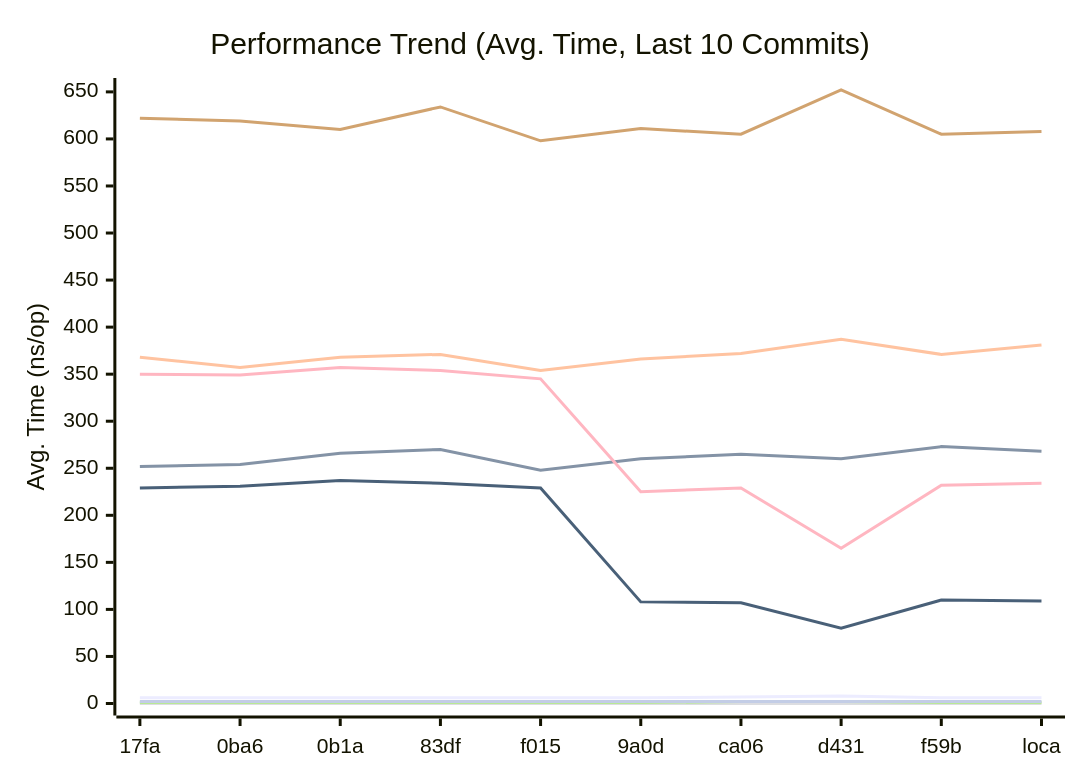
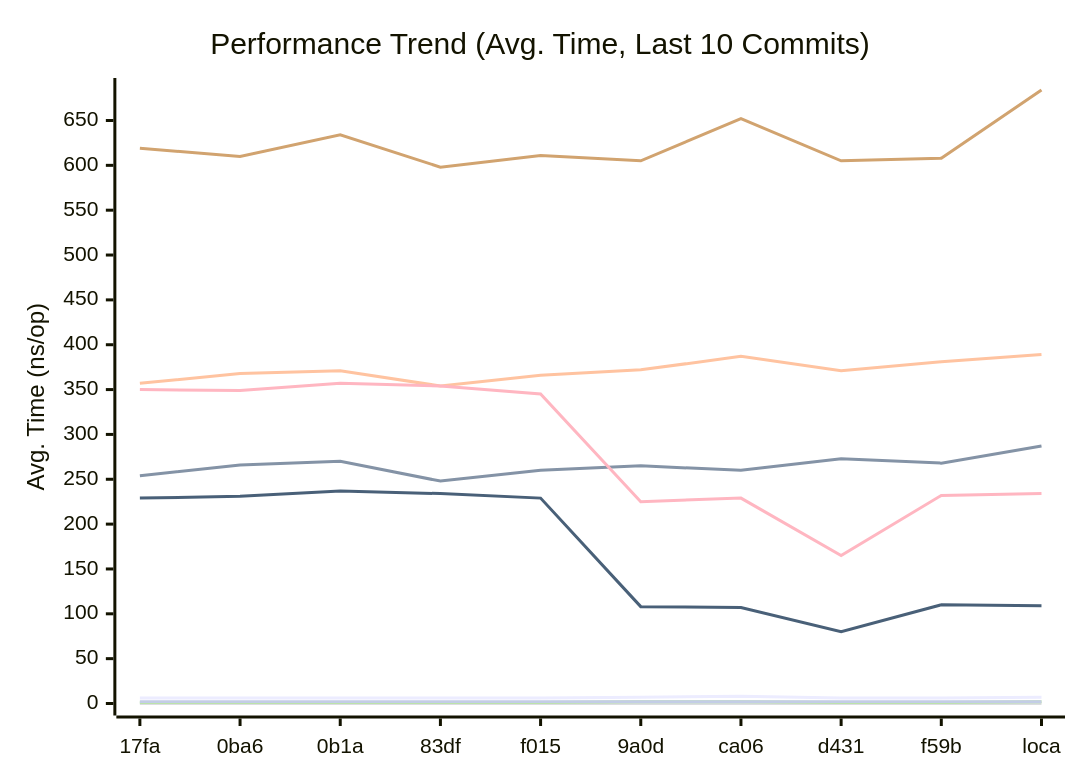
One commit to alsotoes/momo changed the first of 3 diagrams in docs/PERFORMANCE.md. Above: the diagram before and after it, drawn with Mermaid. The commit also changed other lines of this file and 3 other files, not shown here.

````diff
--- a/docs/PERFORMANCE.md
+++ b/docs/PERFORMANCE.md
@@ -80,16 +80,16 @@
 ```mermaid
 xychart-beta
     title "Performance Trend (Avg. Time, Last 10 Commits)"
     x-axis "Commit"
     y-axis "Avg. Time (ns/op)"
     x-axis [17fa,0ba6,0b1a,83df,f015,9a0d,ca06,d431,f59b,loca]
-    line "CheckMetricsAndSwap" [6,6,6,6,6,6,7,8,6,6]
-    line "CrushOptimized" [252,254,266,270,248,260,265,260,273,268]
-    line "CrushOriginal" [368,357,368,371,354,366,372,387,371,381]
+    line "CheckMetricsAndSwap" [6,6,6,6,6,7,8,6,6,7]
+    line "CrushOptimized" [254,266,270,248,260,265,260,273,268,287]
+    line "CrushOriginal" [357,368,371,354,366,372,387,371,381,389]
     line "IndexDirectTracking" [0,0,0,0,0,0,0,0,0,0]
-    line "IndexSearch" [1,1,1,1,1,1,2,2,1,1]
-    line "LoadGlobalConfig" [622,619,610,634,598,611,605,652,605,608]
+    line "IndexSearch" [1,1,1,1,1,2,2,1,1,2]
+    line "LoadGlobalConfig" [619,610,634,598,611,605,652,605,608,684]
     line "PadString" [2,2,2,2,2,2,2,2,2,2]
     line "ParseReplicationOrder_NoPrealloc" [350,349,357,354,345,225,229,165,232,234]
     line "ParseReplicationOrder_Prealloc" [229,231,237,234,229,108,107,80,110,109]
 ```
````
